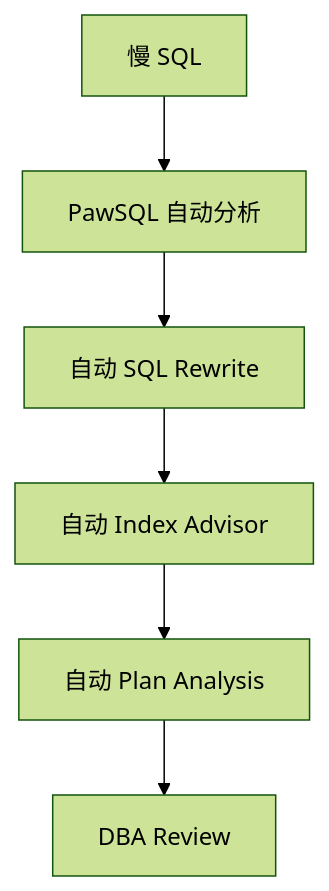
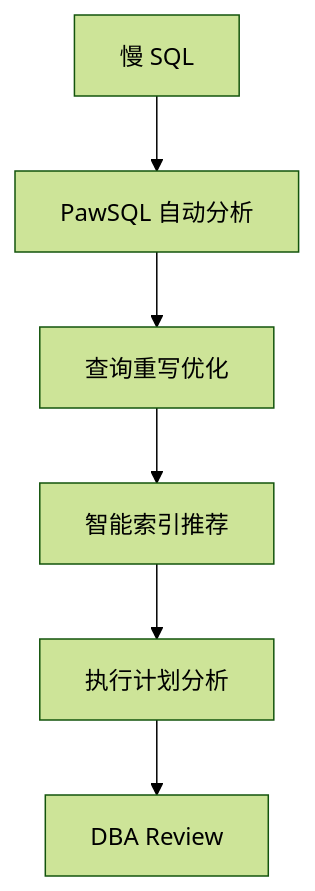
One commit to PawSQL/pawsql-docs-mantlify changed diagram 15 of 18 in docs/use-cases/slow-sql-optimization.mdx. Above: the diagram before and after it, drawn with Mermaid (forest theme). The commit also changed other lines of this file and 143 other files, not shown here.

````diff
--- a/docs/use-cases/slow-sql-optimization.mdx
+++ b/docs/use-cases/slow-sql-optimization.mdx
@@ -977,5 +977,5 @@
     ```mermaid
     flowchart TD
-        A[慢 SQL] --> B[PawSQL 自动分析] --> C[自动 SQL Rewrite] --> D[自动 Index Advisor]
-        D --> E[自动 Plan Analysis] --> F[DBA Review]
+        A[慢 SQL] --> B[PawSQL 自动分析] --> C[查询重写优化] --> D[智能索引推荐]
+        D --> E[执行计划分析] --> F[DBA Review]
     ```
````
